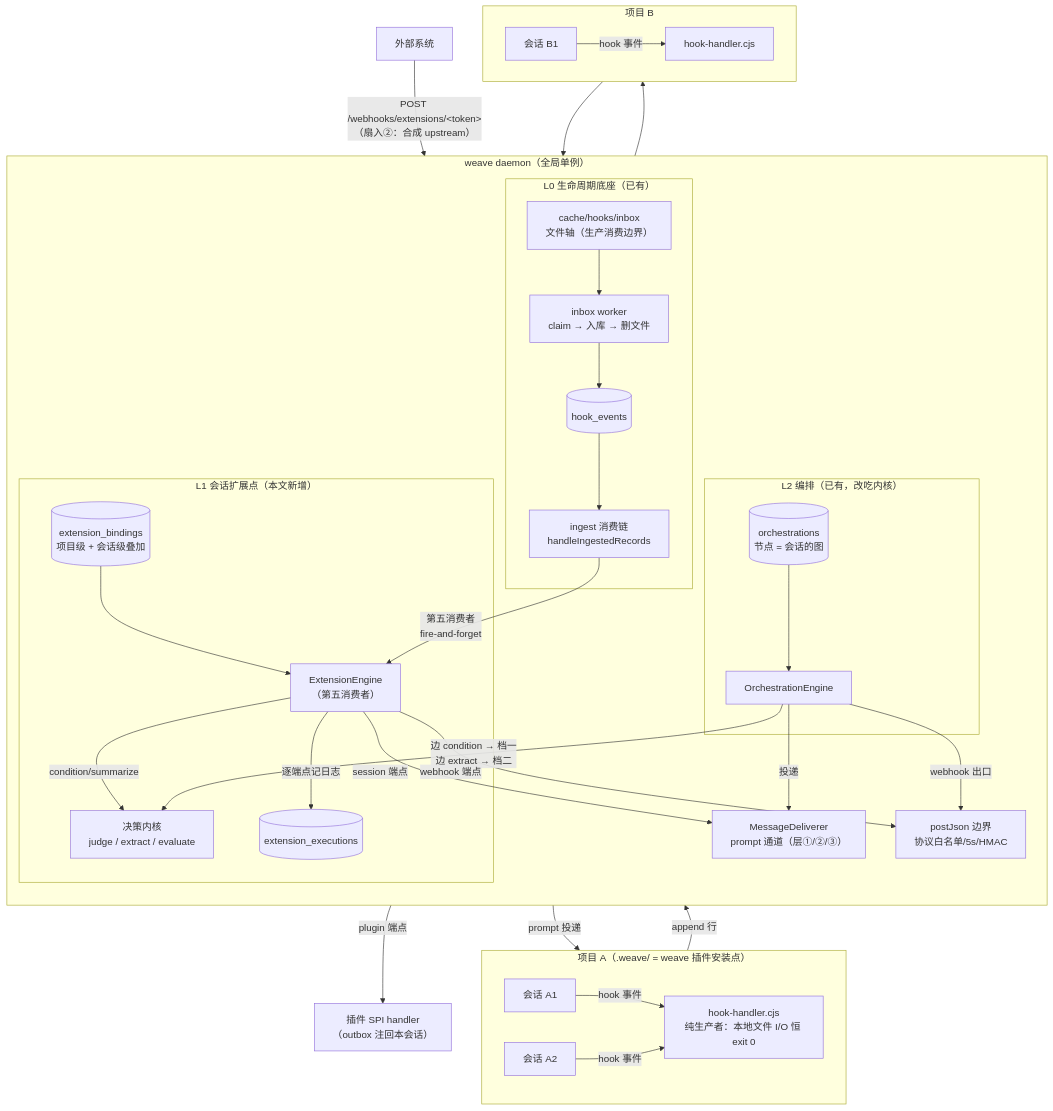
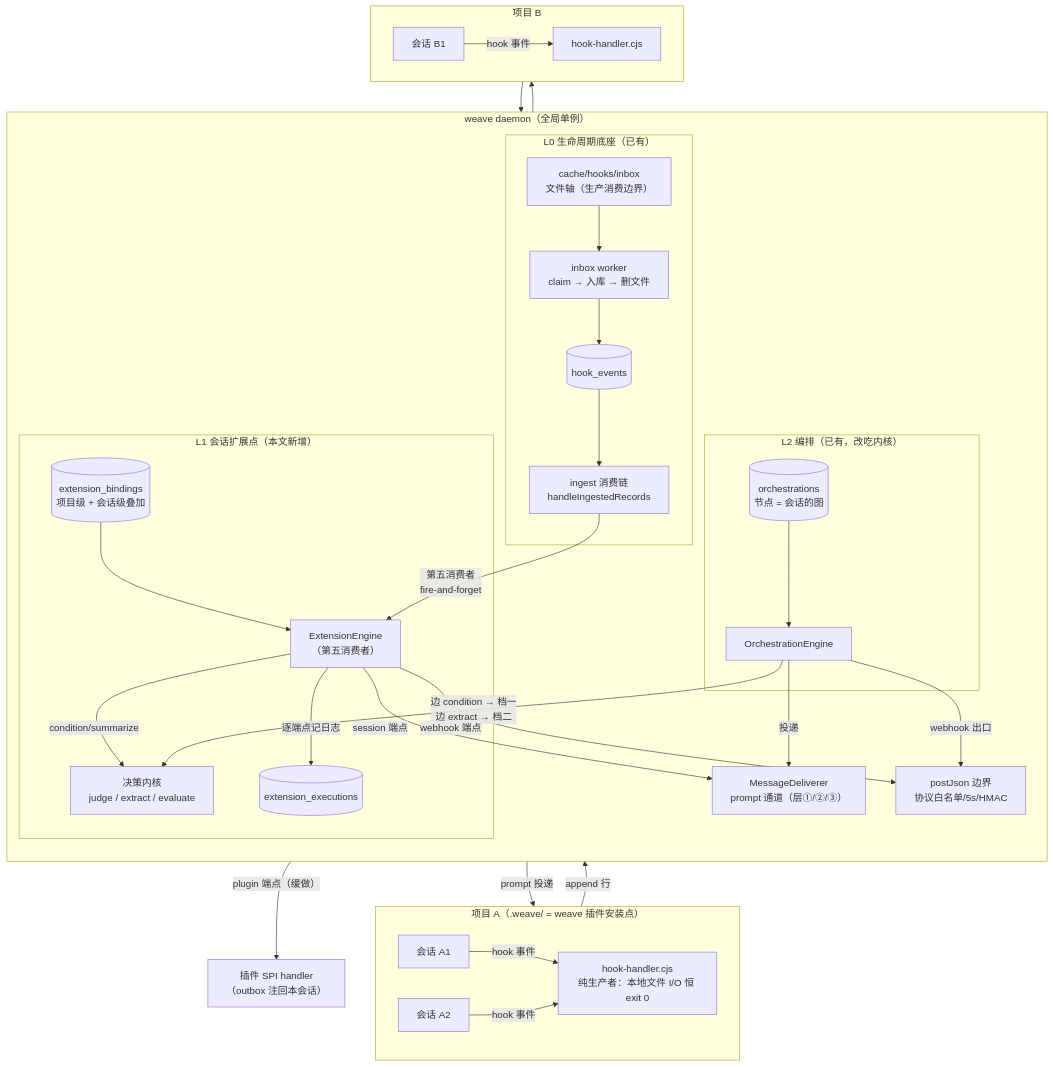
Before and after one commit to zijing66/weave: the first of 3 diagrams in docs/plan/会话扩展点与编排重设计.md, drawn with Mermaid. The commit also changed other lines of this file and 1 other file, not shown here.

````diff
--- a/docs/plan/会话扩展点与编排重设计.md
+++ b/docs/plan/会话扩展点与编排重设计.md
@@ -369,62 +399,60 @@
 ```mermaid
 flowchart TB
     subgraph weave["weave daemon（全局单例）"]
         direction TB
         subgraph L0["L0 生命周期底座（已有）"]
             INBOX["cache/hooks/inbox<br/>文件轴（生产消费边界）"]
             EVENTS[("hook_events")]
             INGEST["ingest 消费链<br/>handleIngestedRecords"]
             INBOX --> WORKER["inbox worker<br/>claim → 入库 → 删文件"] --> EVENTS --> INGEST
         end
         subgraph L1["L1 会话扩展点（本文新增）"]
             BIND[("extension_bindings<br/>项目级 + 会话级叠加")]
             KERNEL["决策内核<br/>judge / extract / evaluate"]
             ENGINE["ExtensionEngine<br/>（第五消费者）"]
             EXEC[("extension_executions")]
         end
         subgraph L2["L2 编排（已有，改吃内核）"]
             ORCH[("orchestrations<br/>节点 = 会话的图")]
             RUNTIME["OrchestrationEngine"]
         end
         DELIVER["MessageDeliverer<br/>prompt 通道（层①/②/③）"]
         POSTJSON["postJson 边界<br/>协议白名单/5s/HMAC"]
     end
 
     subgraph P1["项目 A（.weave/ = weave 插件安装点）"]
         direction LR
         HOOKA["hook-handler.cjs<br/>纯生产者：本地文件 I/O 恒 exit 0"]
         SA["会话 A1"]
         SA2["会话 A2"]
     end
     subgraph P2["项目 B"]
         direction LR
         HOOKB["hook-handler.cjs"]
         SB["会话 B1"]
     end
 
     %% 采集：harness → hook → 文件轴（daemon 死了这条路照走）
     SA -->|"hook 事件"| HOOKA -->|"append 行"| INBOX
     SA2 -->|"hook 事件"| HOOKA
     SB -->|"hook 事件"| HOOKB --> INBOX
 
     %% L1：绑定求值
     BIND --> ENGINE
     INGEST -->|"第五消费者<br/>fire-and-forget"| ENGINE
     ENGINE -->|"condition/summarize"| KERNEL
     ENGINE -->|"逐端点记日志"| EXEC
 
     %% L2：编排消费同一内核
     ORCH --> RUNTIME
     RUNTIME -->|"边 condition → 档一<br/>边 extract → 档二"| KERNEL
 
     %% 端点扇出
     ENGINE -->|"session 端点"| DELIVER
     RUNTIME -->|"投递"| DELIVER
     DELIVER -->|"prompt 投递"| SA
     DELIVER --> SB
     ENGINE -->|"webhook 端点"| POSTJSON
     RUNTIME -->|"webhook 出口"| POSTJSON
-    ENGINE -->|"plugin 端点"| PLUGIN["插件 SPI handler<br/>（outbox 注回本会话）"]
-
-    EXTWH["外部系统"] -->|"POST /webhooks/extensions/&lt;token&gt;<br/>（扇入②：合成 upstream）"| ENGINE
+    ENGINE -->|"plugin 端点（缓做）"| PLUGIN["插件 SPI handler<br/>（outbox 注回本会话）"]
 ```
````
